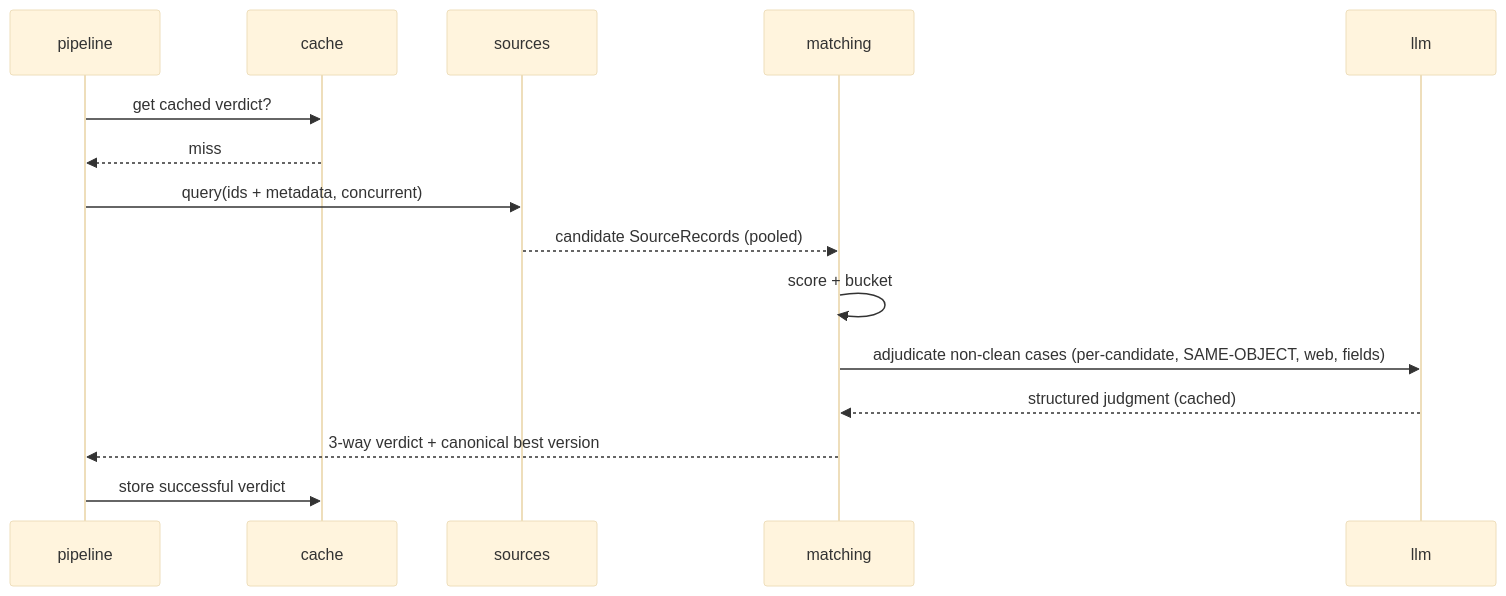
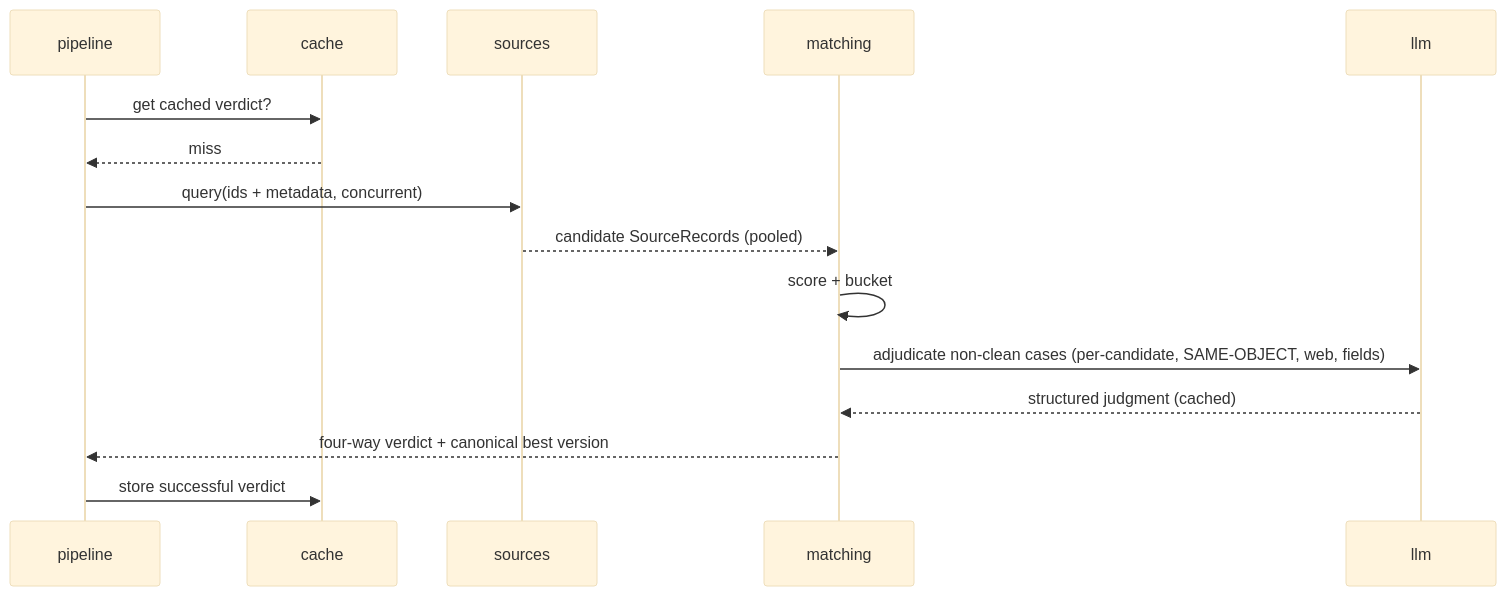
One commit to constructorfabric/reference-audit changed the third of 4 diagrams in architecture/DESIGN.md. Above: the diagram before and after it, drawn with Mermaid (base theme). The commit also changed other lines of this file and 27 other files, not shown here.

````diff
--- a/architecture/DESIGN.md
+++ b/architecture/DESIGN.md
@@ -569,17 +569,17 @@
 ```mermaid
 sequenceDiagram
     participant P as pipeline
     participant C as cache
     participant S as sources
     participant M as matching
     participant L as llm
     P->>C: get cached verdict?
     C-->>P: miss
     P->>S: query(ids + metadata, concurrent)
     S-->>M: candidate SourceRecords (pooled)
     M->>M: score + bucket
     M->>L: adjudicate non-clean cases (per-candidate, SAME-OBJECT, web, fields)
     L-->>M: structured judgment (cached)
-    M-->>P: 3-way verdict + canonical best version
+    M-->>P: four-way verdict + canonical best version
     P->>C: store successful verdict
 ```
````
